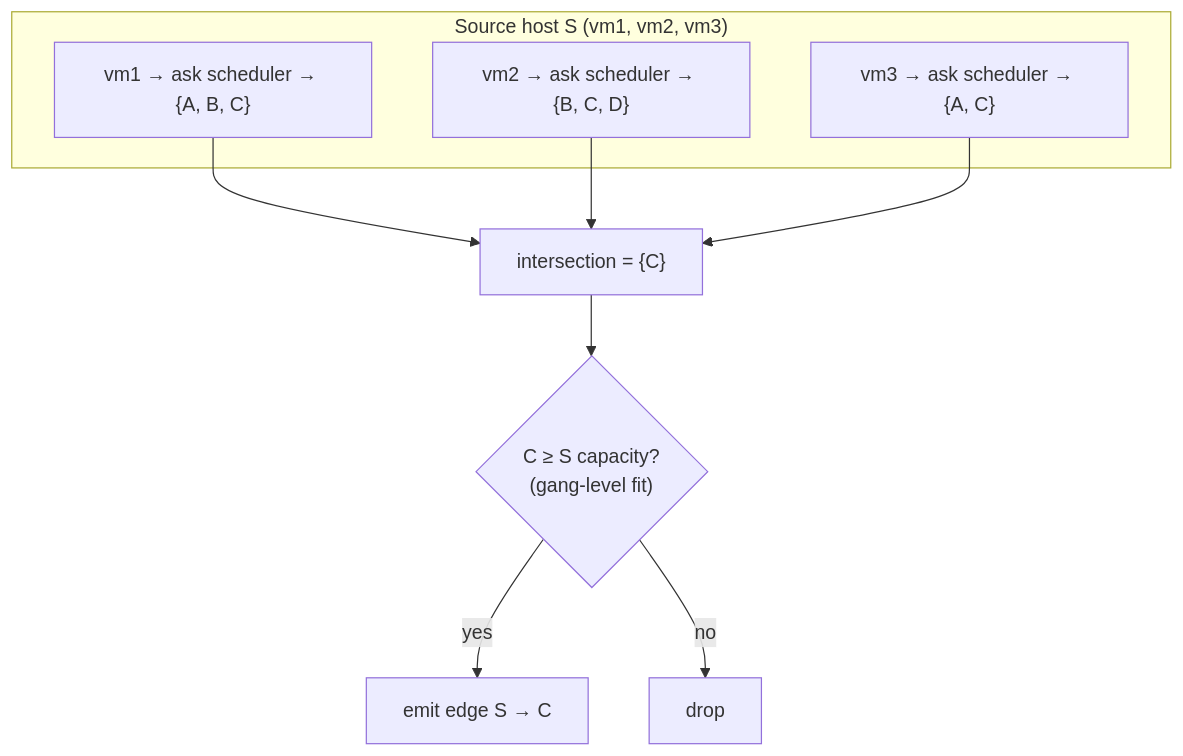
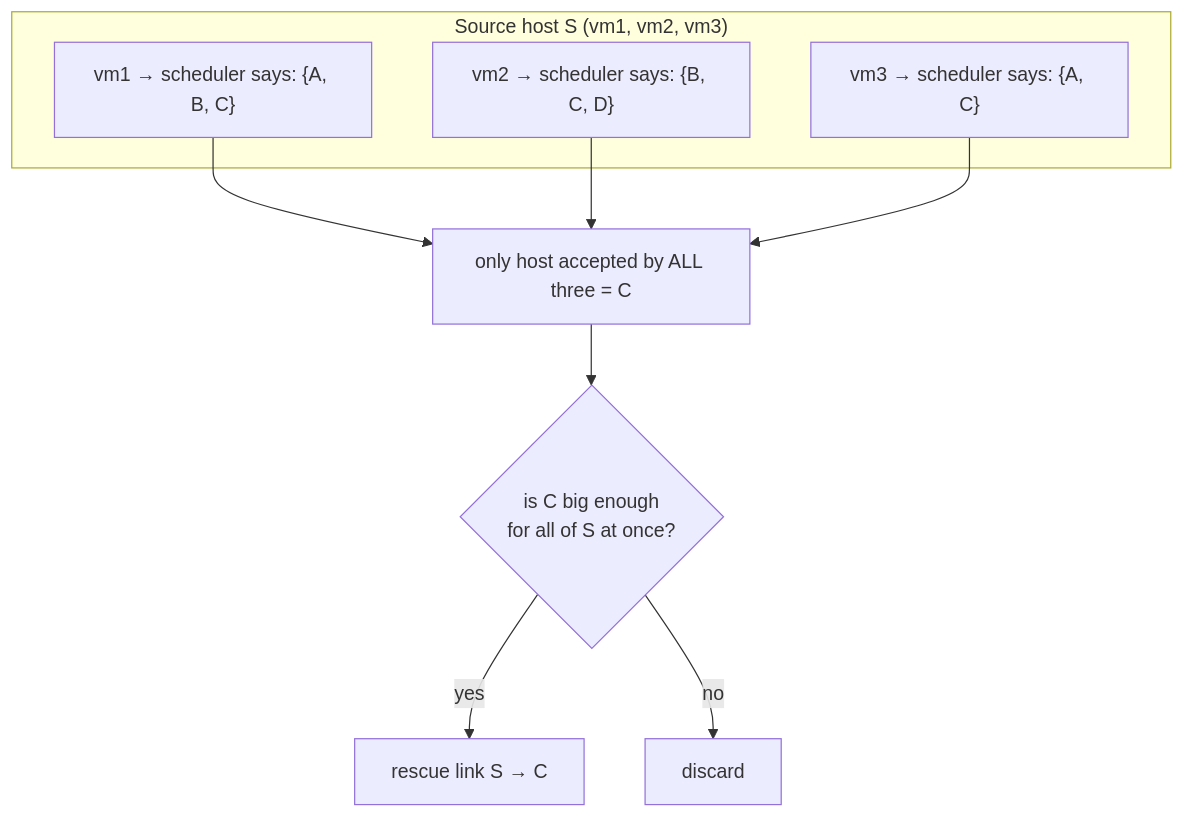
The fourth of 10 diagrams in docs/03-reservations-and-inventory/04-failover-host-reservations.md (cobaltcore-dev/cortex), drawn with Mermaid before and after one commit. The commit also changed other lines of this file, not shown here.

First line of the commit message:
docs(failoverhost): rewrite failover host reservations for human readers

````diff
--- a/docs/03-reservations-and-inventory/04-failover-host-reservations.md
+++ b/docs/03-reservations-and-inventory/04-failover-host-reservations.md
@@ -127,14 +137,14 @@
 ```mermaid
 flowchart TB
     subgraph src["Source host S (vm1, vm2, vm3)"]
-        VM1["vm1 → ask scheduler → {A, B, C}"]
-        VM2["vm2 → ask scheduler → {B, C, D}"]
-        VM3["vm3 → ask scheduler → {A, C}"]
+        VM1["vm1 → scheduler says: {A, B, C}"]
+        VM2["vm2 → scheduler says: {B, C, D}"]
+        VM3["vm3 → scheduler says: {A, C}"]
     end
     VM1 --> INT
     VM2 --> INT
-    VM3 --> INT["intersection = {C}"]
-    INT --> FIT{"C ≥ S capacity?<br/>(gang-level fit)"}
-    FIT -->|yes| EDGE["emit edge S → C"]
-    FIT -->|no| DROP["drop"]
+    VM3 --> INT["only host accepted by ALL three = C"]
+    INT --> FIT{"is C big enough<br/>for all of S at once?"}
+    FIT -->|yes| EDGE["rescue link S → C"]
+    FIT -->|no| DROP["discard"]
 ```
````
